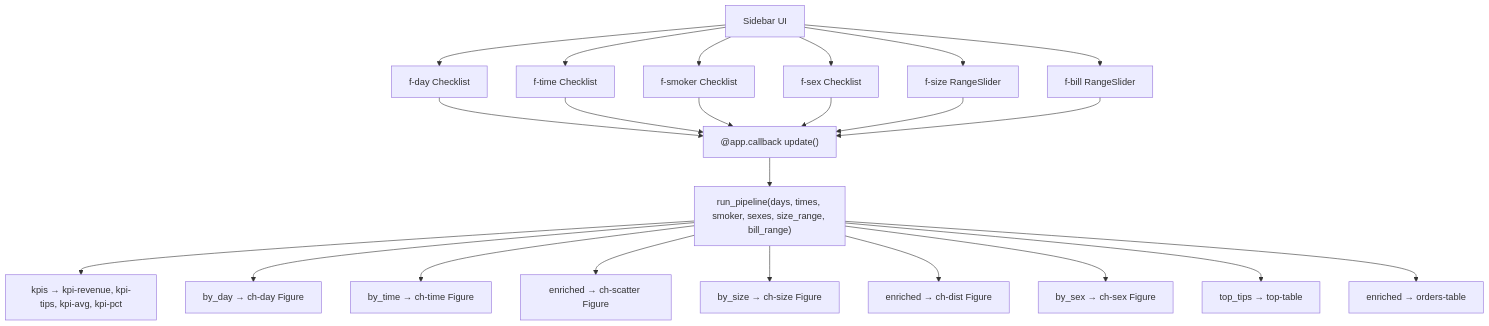
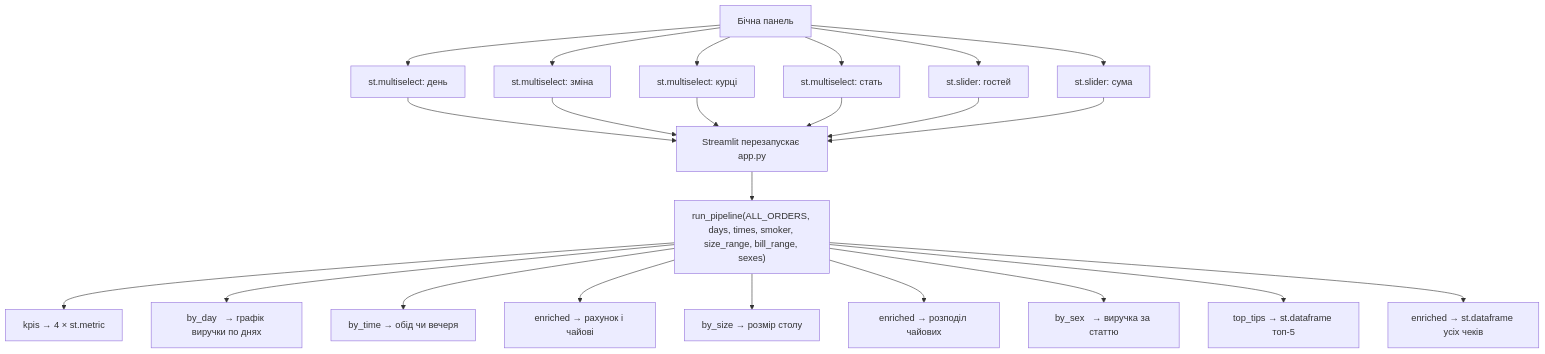
Diagram 14 of 16 in module_1/lessons/lesson_07_functions/restaurant_dashboard_alg.md (BohomolovR/PY-Course-Victor-Nikoriak-22-09-2026), drawn with Mermaid before and after one commit. The commit also changed other lines of this file and 5 other files, not shown here.

````diff
--- a/module_1/lessons/lesson_07_functions/restaurant_dashboard_alg.md
+++ b/module_1/lessons/lesson_07_functions/restaurant_dashboard_alg.md
@@ -559,30 +568,30 @@
 ```mermaid
 flowchart TD
 
-UI["Sidebar UI"]
-UI --> I1["f-day    Checklist"]
-UI --> I2["f-time   Checklist"]
-UI --> I3["f-smoker Checklist"]
-UI --> I4["f-sex    Checklist"]
-UI --> I5["f-size   RangeSlider"]
-UI --> I6["f-bill   RangeSlider"]
+UI["Бічна панель"]
+UI --> I1["st.multiselect: день"]
+UI --> I2["st.multiselect: зміна"]
+UI --> I3["st.multiselect: курці"]
+UI --> I4["st.multiselect: стать"]
+UI --> I5["st.slider: гостей"]
+UI --> I6["st.slider: сума"]
 
-I1 --> CB["@app.callback  update()"]
-I2 --> CB
-I3 --> CB
-I4 --> CB
-I5 --> CB
-I6 --> CB
+I1 --> RR["Streamlit перезапускає app.py"]
+I2 --> RR
+I3 --> RR
+I4 --> RR
+I5 --> RR
+I6 --> RR
 
-CB --> PL["run_pipeline(days, times, smoker, sexes, size_range, bill_range)"]
+RR --> PL["run_pipeline(ALL_ORDERS, days, times, smoker, size_range, bill_range, sexes)"]
 
-PL --> O1["kpis → kpi-revenue, kpi-tips, kpi-avg, kpi-pct"]
-PL --> O2["by_day   → ch-day   Figure"]
-PL --> O3["by_time  → ch-time  Figure"]
-PL --> O4["enriched → ch-scatter Figure"]
-PL --> O5["by_size  → ch-size  Figure"]
-PL --> O6["enriched → ch-dist  Figure"]
-PL --> O7["by_sex   → ch-sex   Figure"]
-PL --> O8["top_tips → top-table"]
-PL --> O9["enriched → orders-table"]
+PL --> O1["kpis → 4 × st.metric"]
+PL --> O2["by_day   → графік виручки по днях"]
+PL --> O3["by_time  → обід чи вечеря"]
+PL --> O4["enriched → рахунок і чайові"]
+PL --> O5["by_size  → розмір столу"]
+PL --> O6["enriched → розподіл чайових"]
+PL --> O7["by_sex   → виручка за статтю"]
+PL --> O8["top_tips → st.dataframe топ-5"]
+PL --> O9["enriched → st.dataframe усіх чеків"]
 ```
````
